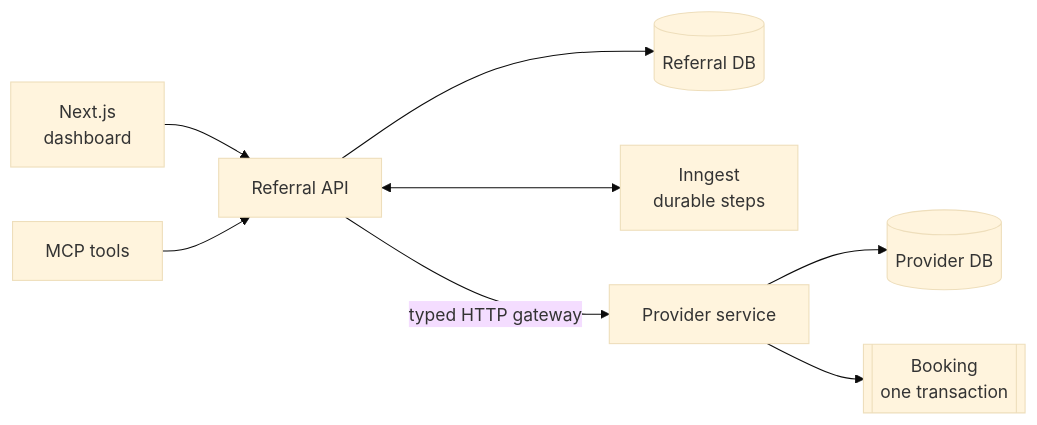
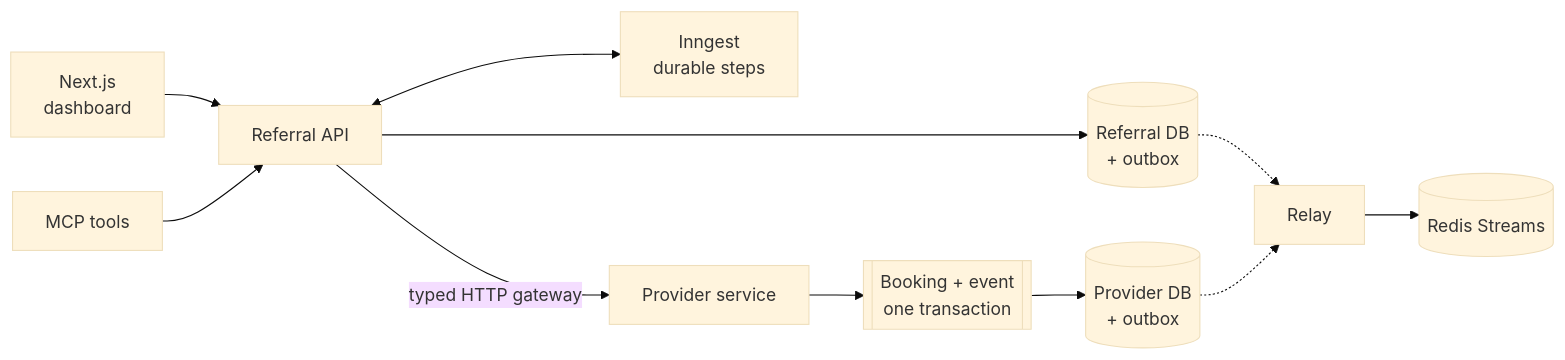
Before and after one commit to rohanshinde24/CareRoute: the first of 7 diagrams in README.md, drawn with Mermaid (base theme). The commit also changed other lines of this file and 1 other file, not shown here.

Commit message:
README: document the outbox, relay and broker
The architecture diagram and prose predated P5C and showed neither the outbox
nor the relay nor Redis, so the README described a system without asynchronous
events while the code had them.

Adds them to the services diagram, explains why the event is written in the same
transaction as the state change and why the relay publishes before marking
dispatched, and records the AOF durability window.

Also records two open limitations honestly: nothing consumes the events yet, and
the API does not recover from saturation - under sustained overload every pooled
connection ends up idle in transaction and the service stops serving until
restarted.

````diff
--- a/README.md
+++ b/README.md
@@ -40,10 +40,13 @@
 ```mermaid
 flowchart LR
     WEB[Next.js<br/>dashboard] --> API
     MCP[MCP tools] --> API[Referral API]
-    API --> RDB[(Referral DB)]
+    API --> RDB[(Referral DB<br/>+ outbox)]
     API <--> INN[Inngest<br/>durable steps]
     API -->|typed HTTP gateway| PS[Provider service]
-    PS --> PDB[(Provider DB)]
-    PS --> BK[[Booking<br/>one transaction]]
+    PS --> BK[[Booking + event<br/>one transaction]]
+    BK --> PDB[(Provider DB<br/>+ outbox)]
+    RDB -.-> RLY[Relay]
+    PDB -.-> RLY
+    RLY --> RS[(Redis Streams)]
 ```
````
